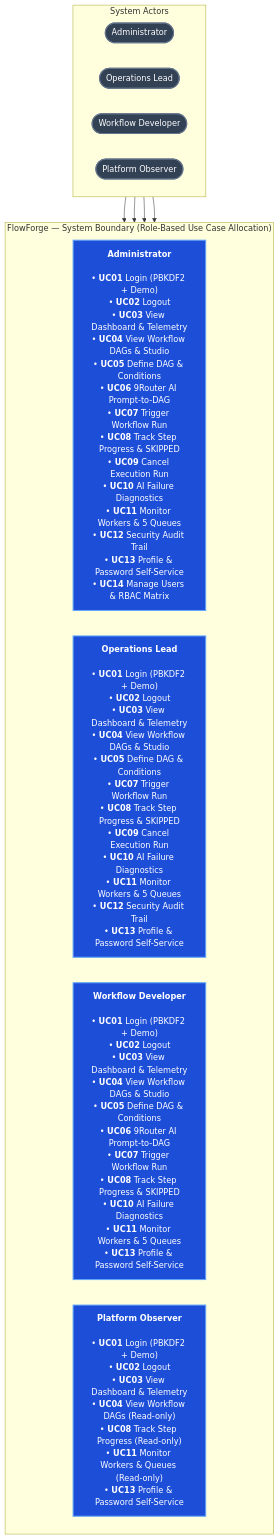
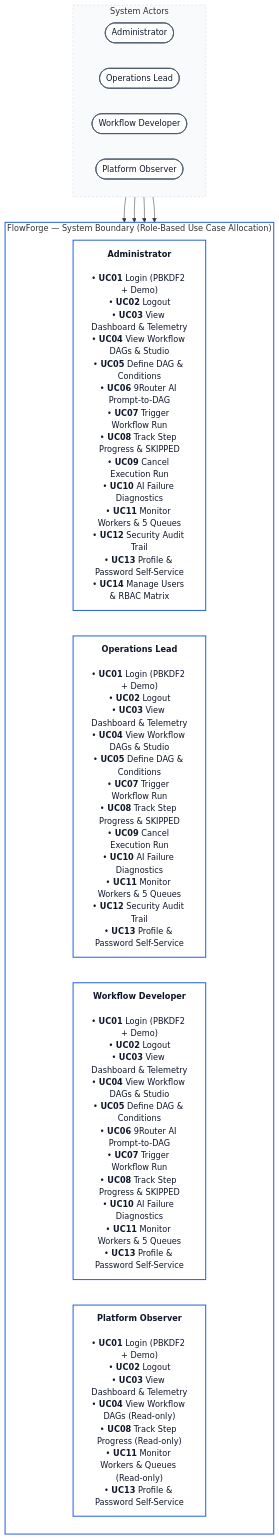
The first of 11 diagrams in README.md (AnCoder1310/FlowForge), drawn with Mermaid before and after one commit. The commit also changed other lines of this file and 3 other files, not shown here.

Commit message:
docs & diagrams: redraw architecture diagrams to clean light theme and update README

````diff
--- a/README.md
+++ b/README.md
@@ -88,30 +88,32 @@
 ```mermaid
 flowchart TB
     subgraph actors["System Actors"]
         direction LR
         admin(["Administrator"]):::actorPill
         operator(["Operations Lead"]):::actorPill
         dev(["Workflow Developer"]):::actorPill
         viewer(["Platform Observer"]):::actorPill
     end
 
     subgraph dwopBoundary["FlowForge — System Boundary (Role-Based Use Case Allocation)"]
         direction LR
 
         cardAdmin["<b>Administrator</b><br/><br/>• <b>UC01</b> Login (PBKDF2 + Demo)<br/>• <b>UC02</b> Logout<br/>• <b>UC03</b> View Dashboard & Telemetry<br/>• <b>UC04</b> View Workflow DAGs & Studio<br/>• <b>UC05</b> Define DAG & Conditions<br/>• <b>UC06</b> 9Router AI Prompt-to-DAG<br/>• <b>UC07</b> Trigger Workflow Run<br/>• <b>UC08</b> Track Step Progress & SKIPPED<br/>• <b>UC09</b> Cancel Execution Run<br/>• <b>UC10</b> AI Failure Diagnostics<br/>• <b>UC11</b> Monitor Workers & 5 Queues<br/>• <b>UC12</b> Security Audit Trail<br/>• <b>UC13</b> Profile & Password Self-Service<br/>• <b>UC14</b> Manage Users & RBAC Matrix"]:::colCard
 
         cardOp["<b>Operations Lead</b><br/><br/>• <b>UC01</b> Login (PBKDF2 + Demo)<br/>• <b>UC02</b> Logout<br/>• <b>UC03</b> View Dashboard & Telemetry<br/>• <b>UC04</b> View Workflow DAGs & Studio<br/>• <b>UC05</b> Define DAG & Conditions<br/>• <b>UC07</b> Trigger Workflow Run<br/>• <b>UC08</b> Track Step Progress & SKIPPED<br/>• <b>UC09</b> Cancel Execution Run<br/>• <b>UC10</b> AI Failure Diagnostics<br/>• <b>UC11</b> Monitor Workers & 5 Queues<br/>• <b>UC12</b> Security Audit Trail<br/>• <b>UC13</b> Profile & Password Self-Service"]:::colCard
 
         cardDev["<b>Workflow Developer</b><br/><br/>• <b>UC01</b> Login (PBKDF2 + Demo)<br/>• <b>UC02</b> Logout<br/>• <b>UC03</b> View Dashboard & Telemetry<br/>• <b>UC04</b> View Workflow DAGs & Studio<br/>• <b>UC05</b> Define DAG & Conditions<br/>• <b>UC06</b> 9Router AI Prompt-to-DAG<br/>• <b>UC07</b> Trigger Workflow Run<br/>• <b>UC08</b> Track Step Progress & SKIPPED<br/>• <b>UC10</b> AI Failure Diagnostics<br/>• <b>UC11</b> Monitor Workers & 5 Queues<br/>• <b>UC13</b> Profile & Password Self-Service"]:::colCard
 
         cardViewer["<b>Platform Observer</b><br/><br/>• <b>UC01</b> Login (PBKDF2 + Demo)<br/>• <b>UC02</b> Logout<br/>• <b>UC03</b> View Dashboard & Telemetry<br/>• <b>UC04</b> View Workflow DAGs (Read-only)<br/>• <b>UC08</b> Track Step Progress (Read-only)<br/>• <b>UC11</b> Monitor Workers & Queues (Read-only)<br/>• <b>UC13</b> Profile & Password Self-Service"]:::colCard
     end
 
     admin --> cardAdmin
     operator --> cardOp
     dev --> cardDev
     viewer --> cardViewer
 
-    classDef actorPill fill:#334155,color:#ffffff,stroke:#64748b,stroke-width:2px;
-    classDef colCard fill:#1d4ed8,color:#ffffff,stroke:#60a5fa,stroke-width:2px;
+    classDef actorPill fill:#ffffff,color:#0f172a,stroke:#475569,stroke-width:1.5px;
+    classDef colCard fill:#ffffff,color:#0f172a,stroke:#2563eb,stroke-width:2px;
+    style dwopBoundary fill:#ffffff,stroke:#2563eb,stroke-width:2px
+    style actors fill:#f8fafc,stroke:#cbd5e1,stroke-dasharray:4 4
 ```
````
